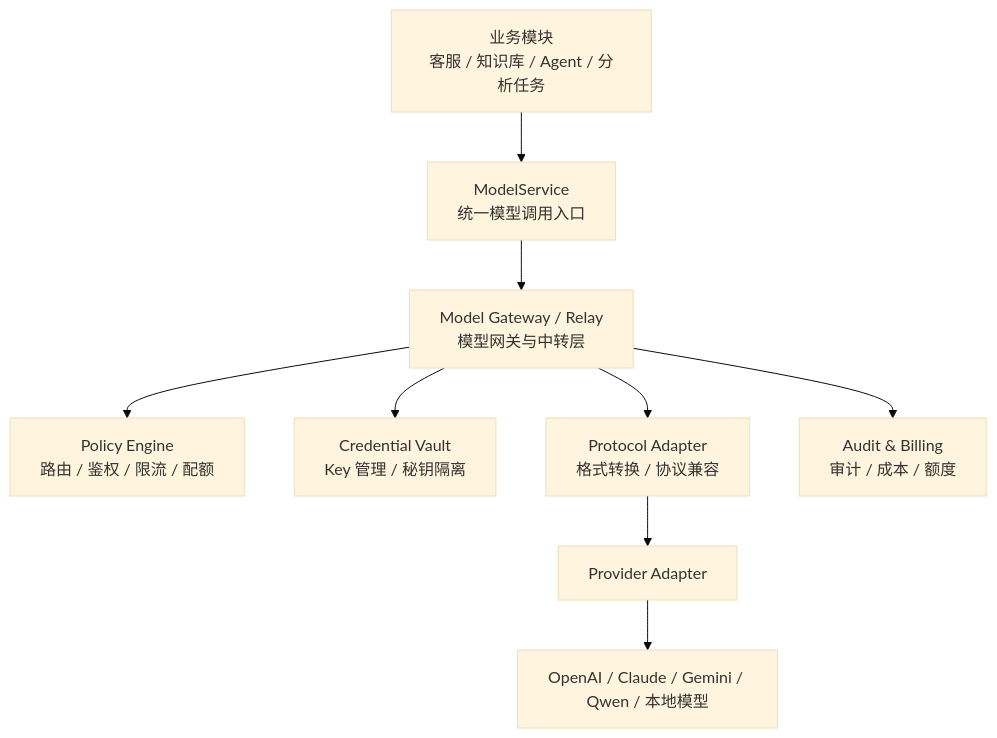
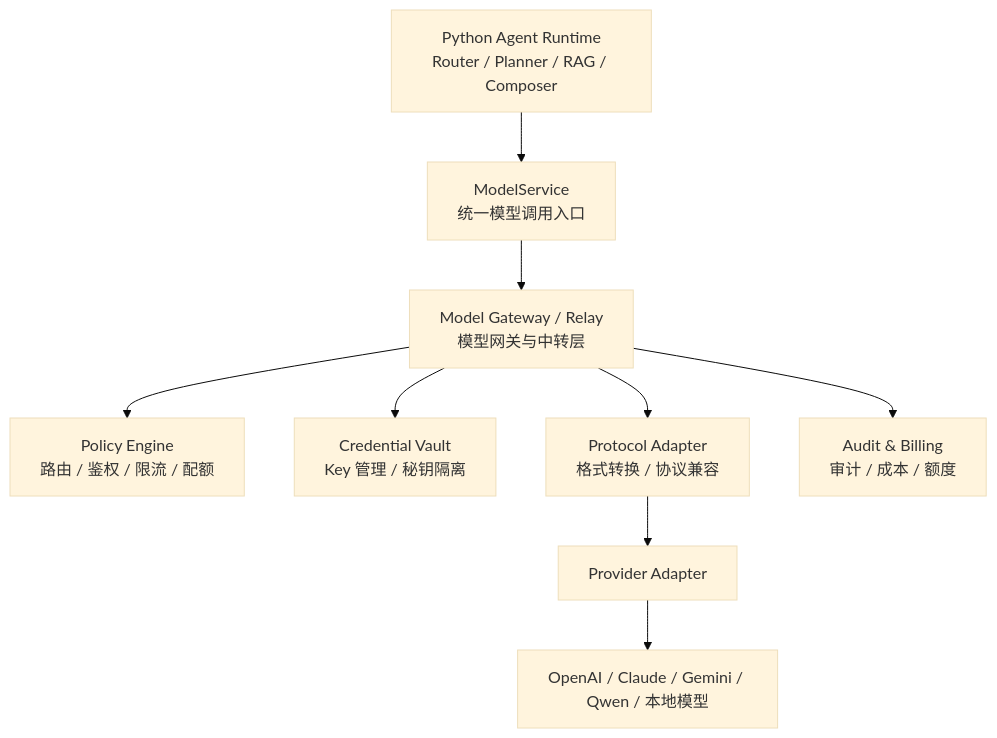
Before and after one commit to luoluo10486/FoodMate-Agent: the fifth of 7 diagrams in FoodMate-系统设计与技术方案.md, drawn with Mermaid (base theme). The commit also changed other lines of this file and 9 other files, not shown here.

````diff
--- a/FoodMate-系统设计与技术方案.md
+++ b/FoodMate-系统设计与技术方案.md
@@ -946,11 +939,11 @@
 ```mermaid
 flowchart TD
-  A["业务模块\n客服 / 知识库 / Agent / 分析任务"] --> B["ModelService\n统一模型调用入口"]
+  A["Python Agent Runtime\nRouter / Planner / RAG / Composer"] --> B["ModelService\n统一模型调用入口"]
   B --> C["Model Gateway / Relay\n模型网关与中转层"]
   C --> D["Policy Engine\n路由 / 鉴权 / 限流 / 配额"]
   C --> E["Credential Vault\nKey 管理 / 秘钥隔离"]
   C --> F["Protocol Adapter\n格式转换 / 协议兼容"]
   C --> G["Audit & Billing\n审计 / 成本 / 额度"]
   F --> H["Provider Adapter"]
   H --> I["OpenAI / Claude / Gemini / Qwen / 本地模型"]
 ```
````
